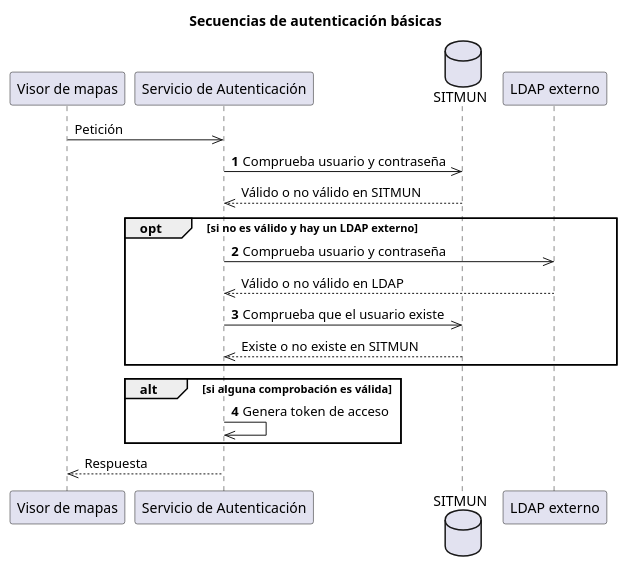
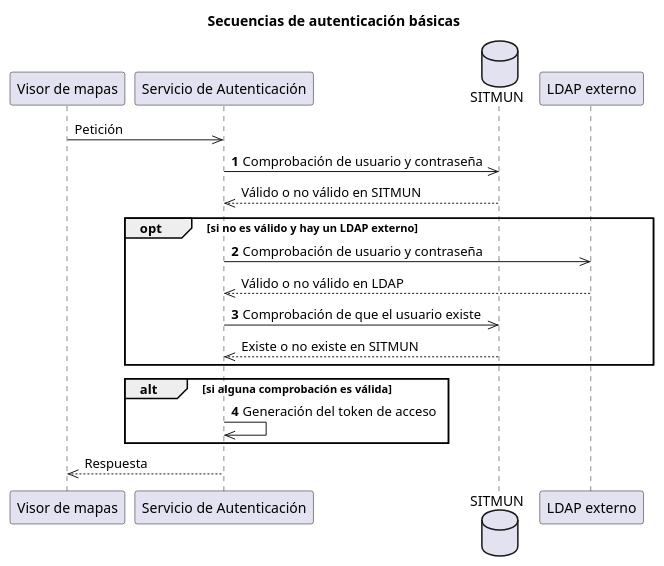
Before and after one commit to sitmun/sitmun.github.io: the first of 2 diagrams in docs/que-es-sitmun/plataforma/arquitectura/diseno.md, drawn with PlantUML. The commit also changed other lines of this file and 43 other files, not shown here.

````diff
--- a/docs/que-es-sitmun/plataforma/arquitectura/diseno.md
+++ b/docs/que-es-sitmun/plataforma/arquitectura/diseno.md
@@ -27,36 +27,36 @@
 ```plantuml alt="Diagrama de secuencia: el visor envía usuario y contraseña al Servicio de Autenticación, que los comprueba en la base de datos de SITMUN y, si falla y hay un LDAP configurado, en el LDAP externo, comprobando que el usuario existe en SITMUN; si alguna comprobación es correcta devuelve un token de acceso."
 @startuml
 title
     Secuencias de autenticación básicas
 end title
 participant "Visor de mapas" as Client
 participant "Servicio de Autenticación" as Auth
 database "SITMUN" as DB
 participant "LDAP externo" as LDAP
 
 Client->>Auth: Petición
 
 autonumber
-Auth->>DB: Comprueba usuario y contraseña
+Auth->>DB: Comprobación de usuario y contraseña
 autonumber stop
 DB-->>Auth: Válido o no válido en SITMUN
 
 opt si no es válido y hay un LDAP externo
     autonumber resume
-    Auth->>LDAP: Comprueba usuario y contraseña
+    Auth->>LDAP: Comprobación de usuario y contraseña
     autonumber stop
     LDAP-->>Auth: Válido o no válido en LDAP
     autonumber resume
-    Auth->>DB: Comprueba que el usuario existe
+    Auth->>DB: Comprobación de que el usuario existe
     autonumber stop
     DB-->>Auth: Existe o no existe en SITMUN
 end
 
 alt si alguna comprobación es válida
     autonumber resume
-    Auth->>Auth: Genera token de acceso
+    Auth->>Auth: Generación del token de acceso
     autonumber stop
 end
 Auth-->>Client: Respuesta
 @enduml
 ```
````
